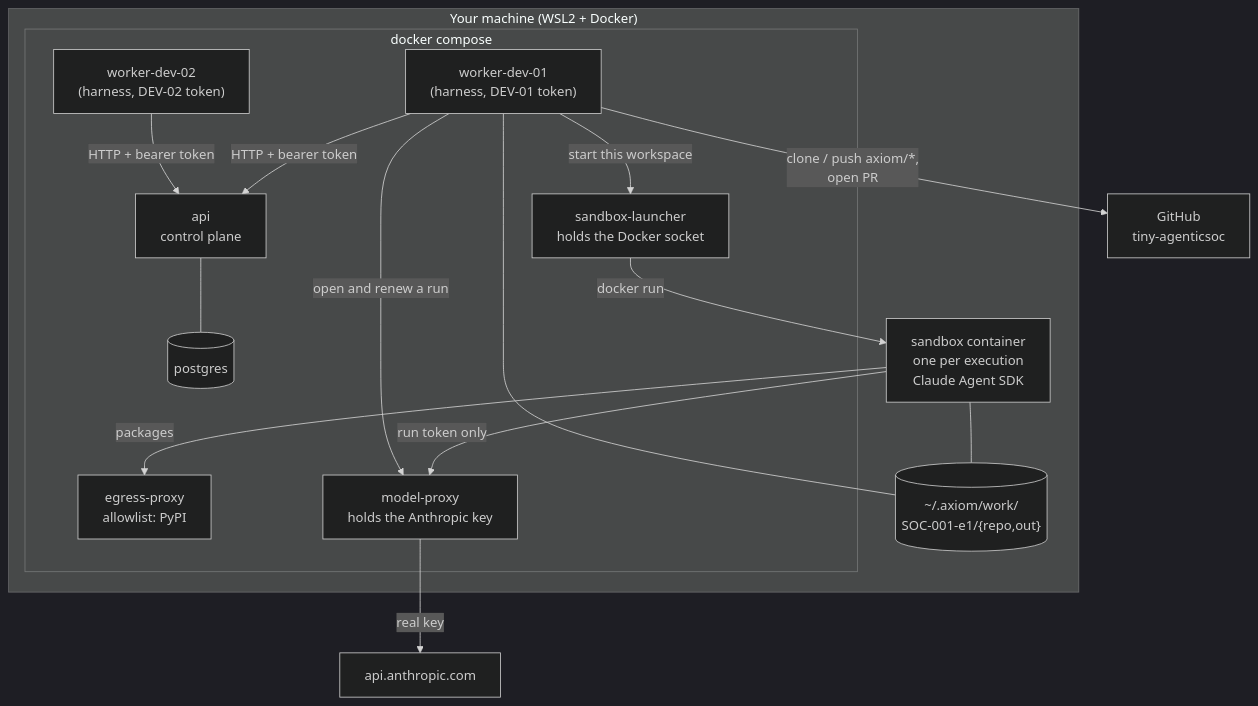
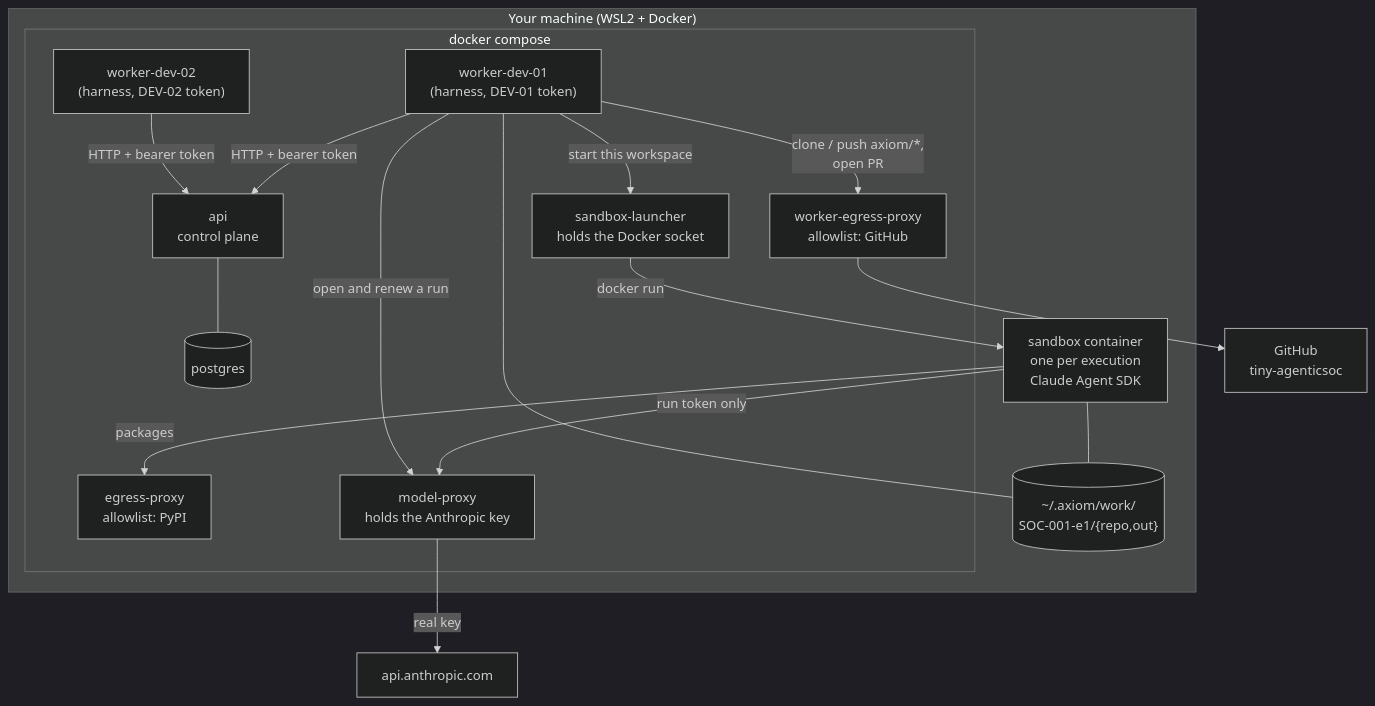
The second of 12 diagrams in docs/guide/11-workers-and-sandbox.md (bharathcmbox/axiom), drawn with Mermaid (dark theme) before and after one commit. The commit also changed other lines of this file and 11 other files, not shown here.

First line of the commit message:
Phase 4 H3: workers and GitHub sync reach only GitHub (ADR-017)

````diff
--- a/docs/guide/11-workers-and-sandbox.md
+++ b/docs/guide/11-workers-and-sandbox.md
@@ -25,29 +25,30 @@
 ```mermaid
 flowchart TB
     subgraph host["Your machine (WSL2 + Docker)"]
         subgraph compose["docker compose"]
             api["api<br/>control plane"]
             db[(postgres)]
             w1["worker-dev-01<br/>(harness, DEV-01 token)"]
             w2["worker-dev-02<br/>(harness, DEV-02 token)"]
             proxy["egress-proxy<br/>allowlist: PyPI"]
             mp["model-proxy<br/>holds the Anthropic key"]
             la["sandbox-launcher<br/>holds the Docker socket"]
+            wp["worker-egress-proxy<br/>allowlist: GitHub"]
         end
         sbx["sandbox container<br/>one per execution<br/>Claude Agent SDK"]
         ws[("~/.axiom/work/<br/>SOC-001-e1/{repo,out}")]
     end
     gh["GitHub<br/>tiny-agenticsoc"]
     anth["api.anthropic.com"]
     w1 -->|"HTTP + bearer token"| api
     w2 -->|"HTTP + bearer token"| api
     api --- db
-    w1 -->|"clone / push axiom/*,<br/>open PR"| gh
+    w1 -->|"clone / push axiom/*,<br/>open PR"| wp --> gh
     w1 -->|"start this workspace"| la
     la -->|"docker run"| sbx
     sbx --- ws
     w1 --- ws
     sbx -->|"run token only"| mp -->|"real key"| anth
     sbx -->|"packages"| proxy
     w1 -->|"open and renew a run"| mp
 ```
````
